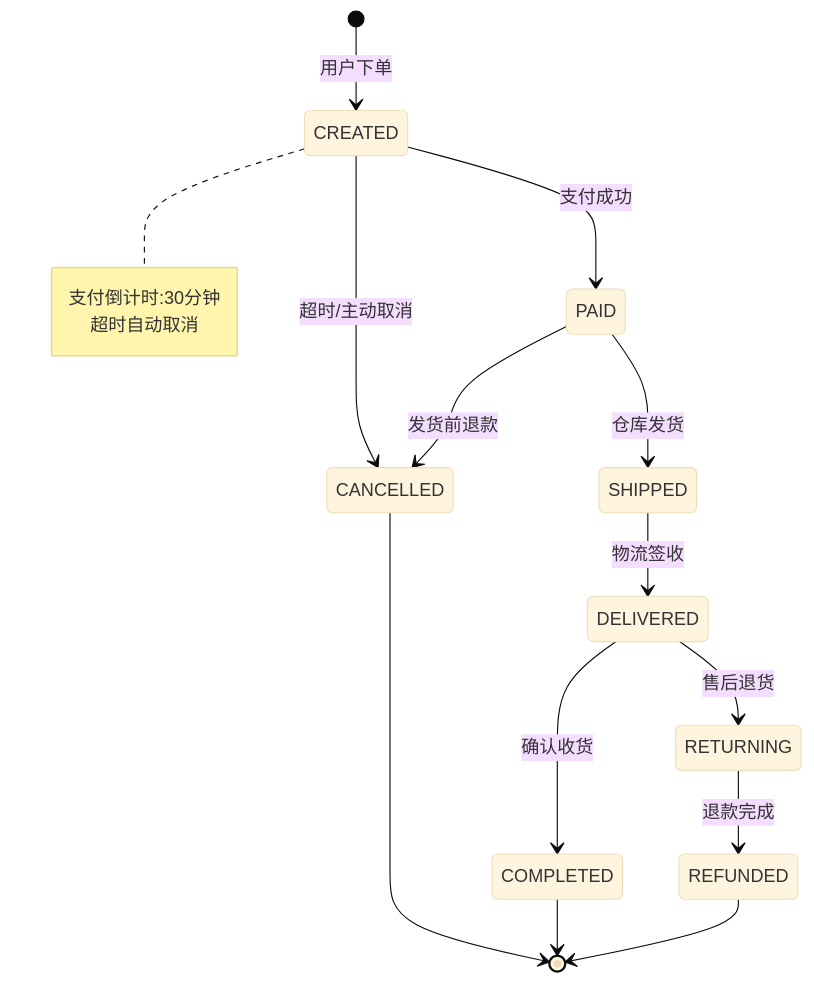
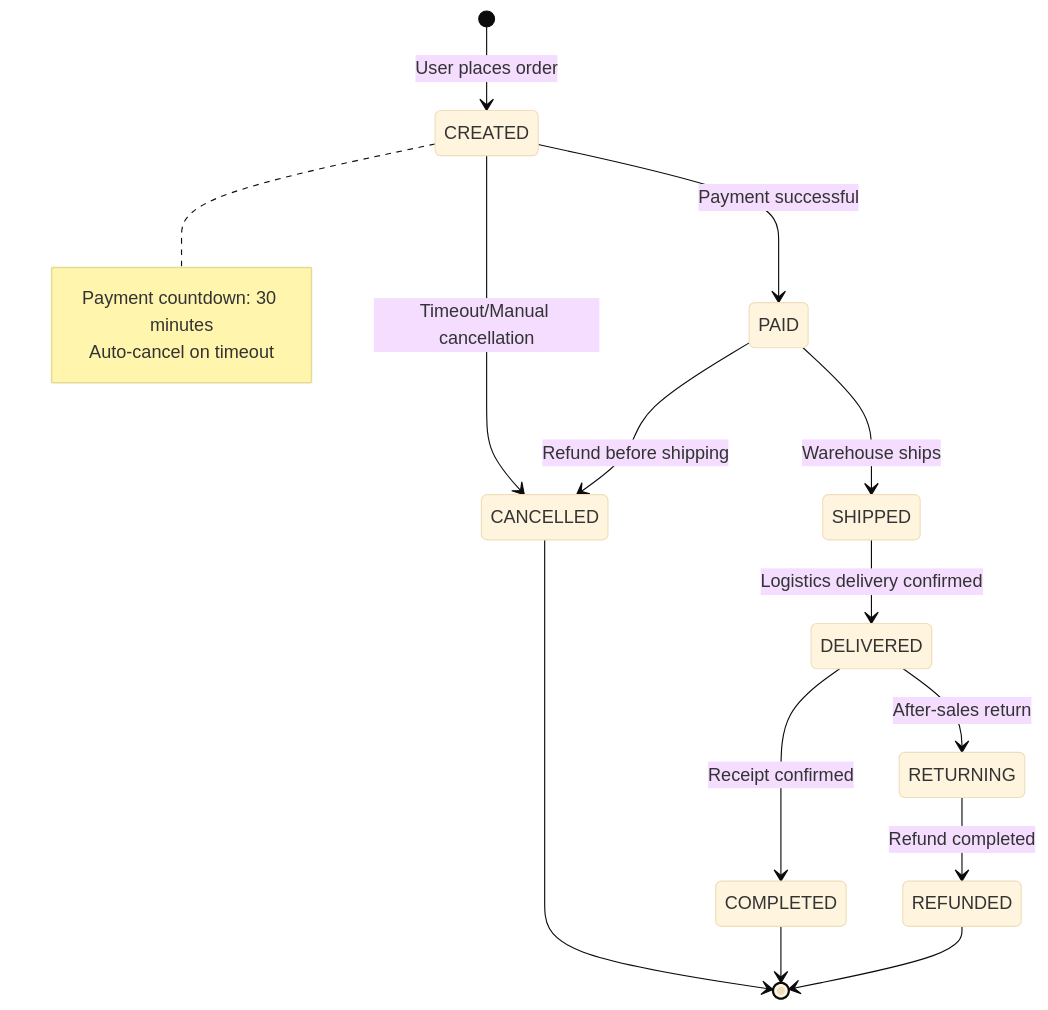
One commit to Kirky-X/cangjie changed the ninth of 15 diagrams in templates/产品/技术层/【模板】架构设计文档.md. Above: the diagram before and after it, drawn with Mermaid (base theme). The commit also changed other lines of this file and 46 other files, not shown here.

````diff
--- a/templates/产品/技术层/【模板】架构设计文档.md
+++ b/templates/产品/技术层/【模板】架构设计文档.md
@@ -424,20 +424,20 @@
 ```mermaid
 stateDiagram-v2
-    [*] --> CREATED: 用户下单
-    CREATED --> PAID: 支付成功
-    CREATED --> CANCELLED: 超时/主动取消
-    PAID --> SHIPPED: 仓库发货
-    PAID --> CANCELLED: 发货前退款
-    SHIPPED --> DELIVERED: 物流签收
-    DELIVERED --> COMPLETED: 确认收货
-    DELIVERED --> RETURNING: 售后退货
-    RETURNING --> REFUNDED: 退款完成
+    [*] --> CREATED: User places order
+    CREATED --> PAID: Payment successful
+    CREATED --> CANCELLED: Timeout/Manual cancellation
+    PAID --> SHIPPED: Warehouse ships
+    PAID --> CANCELLED: Refund before shipping
+    SHIPPED --> DELIVERED: Logistics delivery confirmed
+    DELIVERED --> COMPLETED: Receipt confirmed
+    DELIVERED --> RETURNING: After-sales return
+    RETURNING --> REFUNDED: Refund completed
     CANCELLED --> [*]
     COMPLETED --> [*]
     REFUNDED --> [*]
 
     note right of CREATED
-        支付倒计时:30分钟
-        超时自动取消
+        Payment countdown: 30 minutes
+        Auto-cancel on timeout
     end note
 ```
````
